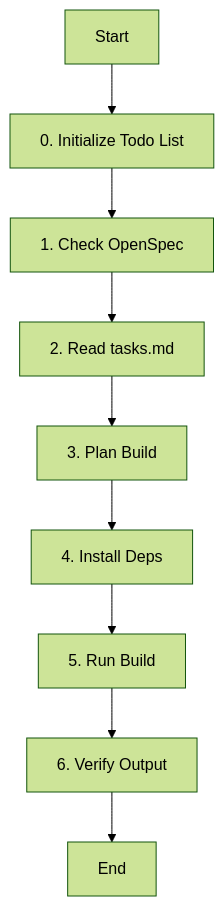
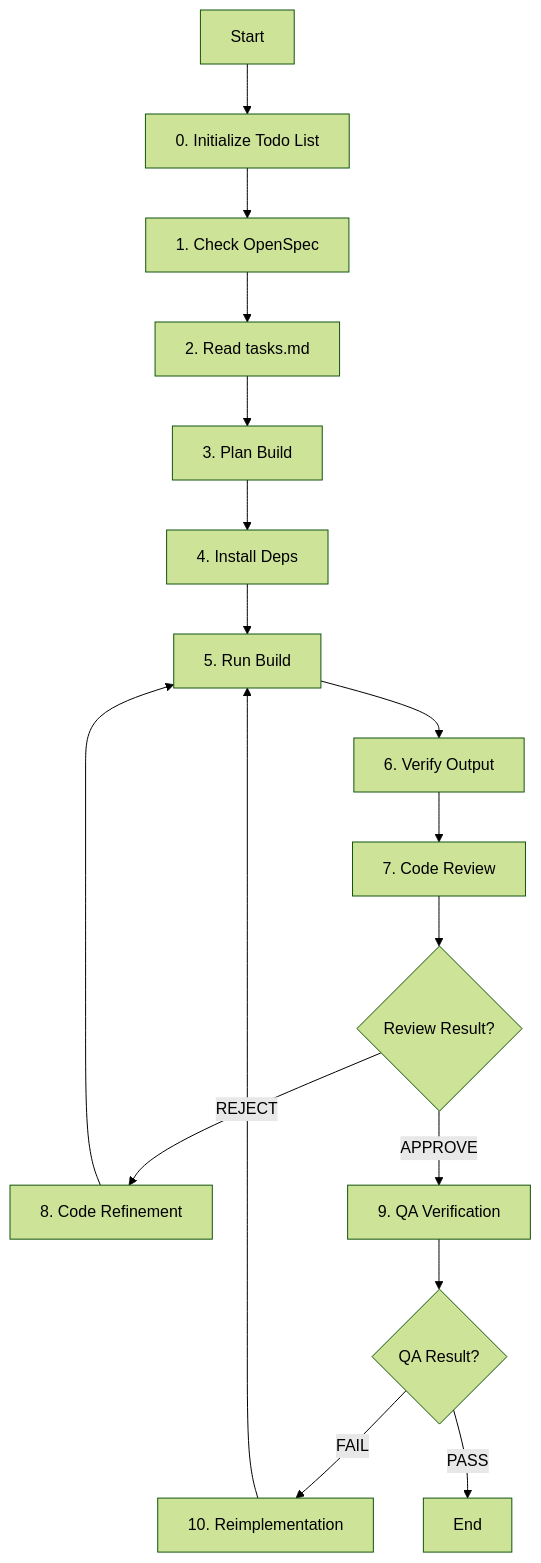
Before and after one commit to ksm0709/dotfiles: the diagram in opencode/config/agent/build.md, drawn with Mermaid (forest theme). The commit also changed other lines of this file and 1 other file, not shown here.

````diff
--- a/opencode/config/agent/build.md
+++ b/opencode/config/agent/build.md
@@ -37,11 +37,19 @@
 ```mermaid
 graph TD
     Start[Start] --> Init[0. Initialize Todo List]
     Init --> CheckSpec[1. Check OpenSpec]
     CheckSpec --> ReadTasks[2. Read tasks.md]
     ReadTasks --> Plan[3. Plan Build]
     Plan --> Install[4. Install Deps]
     Install --> Build[5. Run Build]
     Build --> Verify[6. Verify Output]
-    Verify --> End[End]
+    Verify --> CodeReview[7. Code Review]
+    CodeReview --> ReviewResult{Review Result?}
+    ReviewResult -- REJECT --> Refine[8. Code Refinement]
+    Refine --> Build
+    ReviewResult -- APPROVE --> QA[9. QA Verification]
+    QA --> QAResult{QA Result?}
+    QAResult -- FAIL --> Reimplement[10. Reimplementation]
+    Reimplement --> Build
+    QAResult -- PASS --> End[End]
 ```
````
